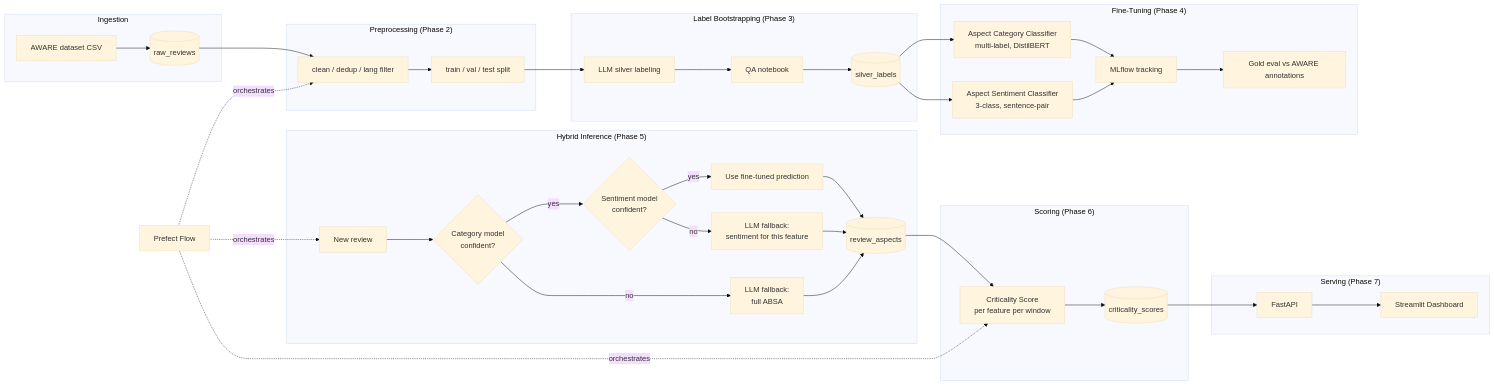
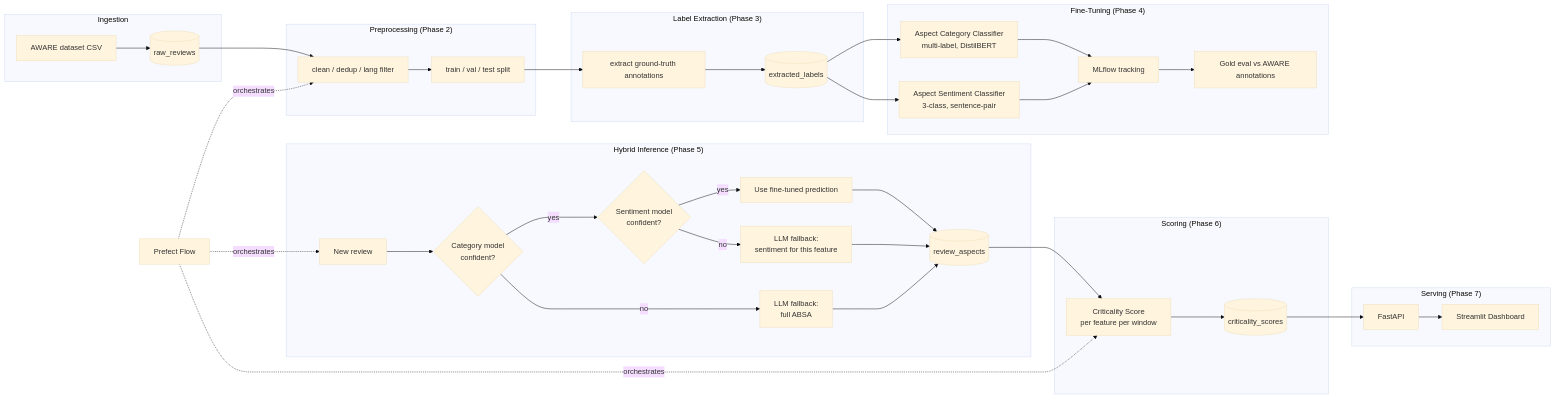
The diagram in README.md (IT1801/FixFirst_AI), drawn with Mermaid (base theme) before and after one commit. The commit also changed other lines of this file, not shown here.

````diff
--- a/README.md
+++ b/README.md
@@ -19,50 +19,49 @@
 ```mermaid
 flowchart LR
     subgraph Ingestion
         A[AWARE dataset CSV] --> B[(raw_reviews)]
     end
 
     subgraph "Preprocessing (Phase 2)"
         B --> C[clean / dedup / lang filter]
         C --> D[train / val / test split]
     end
 
-    subgraph "Label Bootstrapping (Phase 3)"
-        D --> E[LLM silver labeling]
-        E --> F[QA notebook]
-        F --> G[(silver_labels)]
+    subgraph "Label Extraction (Phase 3)"
+        D --> E[extract ground-truth annotations]
+        E --> G[(extracted_labels)]
     end
 
     subgraph "Fine-Tuning (Phase 4)"
         G --> H[Aspect Category Classifier<br/>multi-label, DistilBERT]
         G --> I[Aspect Sentiment Classifier<br/>3-class, sentence-pair]
         H --> J[MLflow tracking]
         I --> J
         J --> K[Gold eval vs AWARE annotations]
     end
 
     subgraph "Hybrid Inference (Phase 5)"
         L[New review] --> M{Category model<br/>confident?}
         M -- yes --> N{Sentiment model<br/>confident?}
         M -- no --> O[LLM fallback:<br/>full ABSA]
         N -- yes --> P[Use fine-tuned prediction]
         N -- no --> Q[LLM fallback:<br/>sentiment for this feature]
         P --> R[(review_aspects)]
         O --> R
         Q --> R
     end
 
     subgraph "Scoring (Phase 6)"
         R --> S[Criticality Score<br/>per feature per window]
         S --> T[(criticality_scores)]
     end
 
     subgraph "Serving (Phase 7)"
         T --> U[FastAPI]
         U --> V[Streamlit Dashboard]
     end
 
     W[Prefect Flow] -.orchestrates.-> C
     W -.orchestrates.-> L
     W -.orchestrates.-> S
 ```
````
